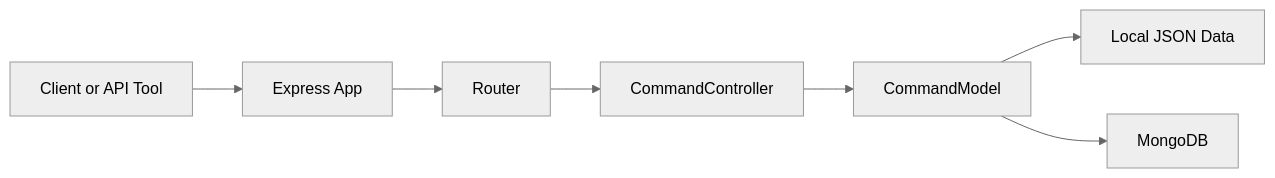
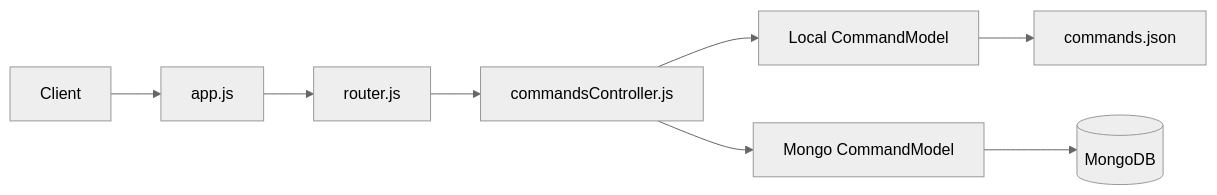
One commit to JDXE22/commander_backend changed the diagram in ARCHITECTURE.md. Above: the diagram before and after it, drawn with Mermaid (neutral theme). The commit also changed other lines of this file, not shown here.

First line of the commit message:
docs: revise ARCHITECTURE.md structure and content

````diff
--- a/ARCHITECTURE.md
+++ b/ARCHITECTURE.md
@@ -16,9 +7,10 @@
 ```mermaid
 flowchart LR
-    A[Client or API Tool] --> B[Express App]
-    B --> C[Router]
-    C --> D[CommandController]
-    D --> E[CommandModel]
-    E --> F[Local JSON Data]
-    E --> G[MongoDB]
+    A[Client] --> B[app.js]
+    B --> C[router.js]
+    C --> D[commandsController.js]
+    D --> E[Local CommandModel]
+    D --> F[Mongo CommandModel]
+    E --> G[commands.json]
+    F --> H[(MongoDB)]
 ```
````
